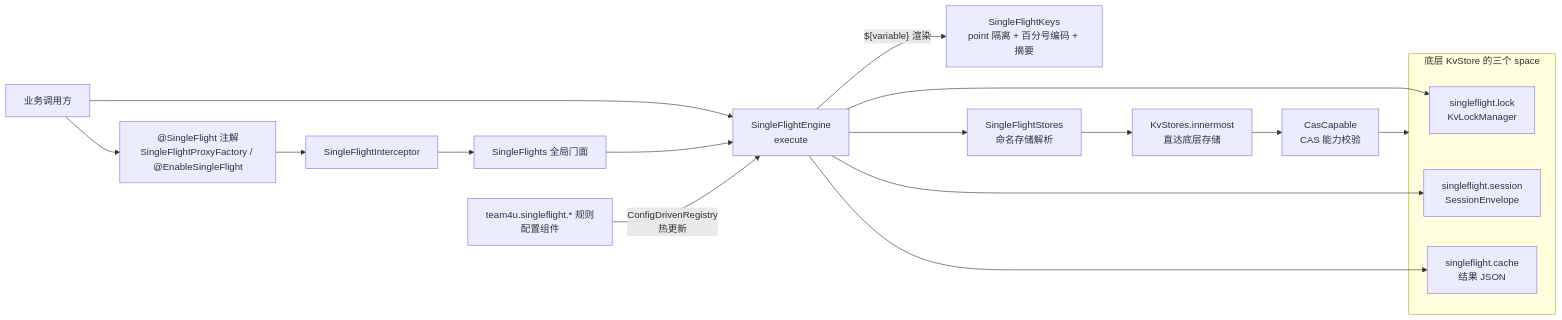
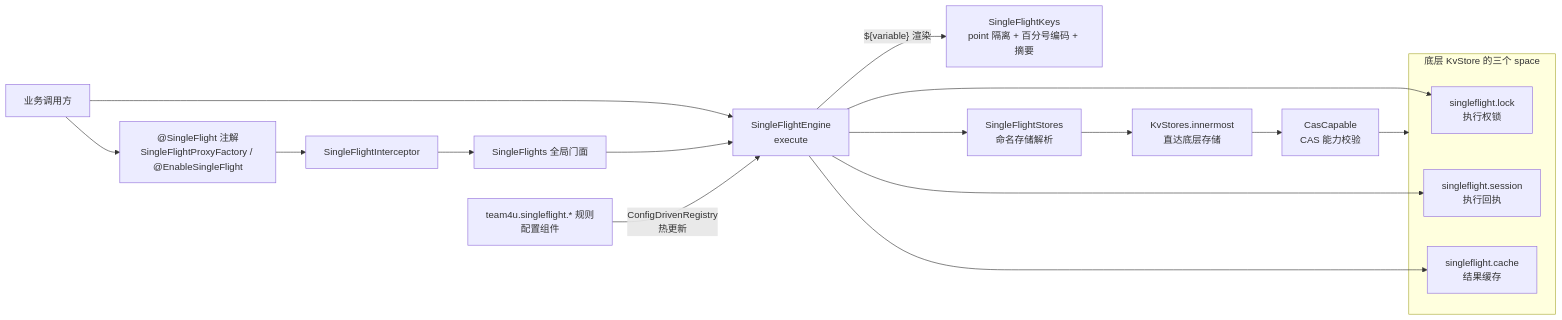
Before and after one commit to team4u/team4u-framework: the diagram in docs/singleflight/README.md, drawn with Mermaid. The commit also changed other lines of this file and 1 other file, not shown here.

First line of the commit message:
docs(singleflight): 重写文档——修复规则字段表格式错误，概念表达通俗化

````diff
--- a/docs/singleflight/README.md
+++ b/docs/singleflight/README.md
@@ -27,25 +33,25 @@
 ```mermaid
 graph LR
     A[业务调用方] --> F["SingleFlightEngine<br/>execute"]
     A --> AN["@SingleFlight 注解<br/>SingleFlightProxyFactory / @EnableSingleFlight"]
     AN --> I[SingleFlightInterceptor]
     I --> SF[SingleFlights 全局门面]
     SF --> F
 
     CONFIG["team4u.singleflight.* 规则<br/>配置组件"] -->|ConfigDrivenRegistry<br/>热更新| F
     F -->|"${variable}" 渲染| KEYS["SingleFlightKeys<br/>point 隔离 + 百分号编码 + 摘要"]
     F --> STORES["SingleFlightStores<br/>命名存储解析"]
     STORES --> INNER["KvStores.innermost<br/>直达底层存储"]
     INNER --> CAS["CasCapable<br/>CAS 能力校验"]
 
     subgraph KV["底层 KvStore 的三个 space"]
-        LOCK["singleflight.lock<br/> KvLockManager"]
-        SESSION["singleflight.session<br/> SessionEnvelope"]
-        CACHE["singleflight.cache<br/> 结果 JSON"]
+        LOCK["singleflight.lock<br/>执行权锁"]
+        SESSION["singleflight.session<br/>执行回执"]
+        CACHE["singleflight.cache<br/>结果缓存"]
     end
 
     F --> LOCK
     F --> SESSION
     F --> CACHE
     CAS --> KV
 ```
````
